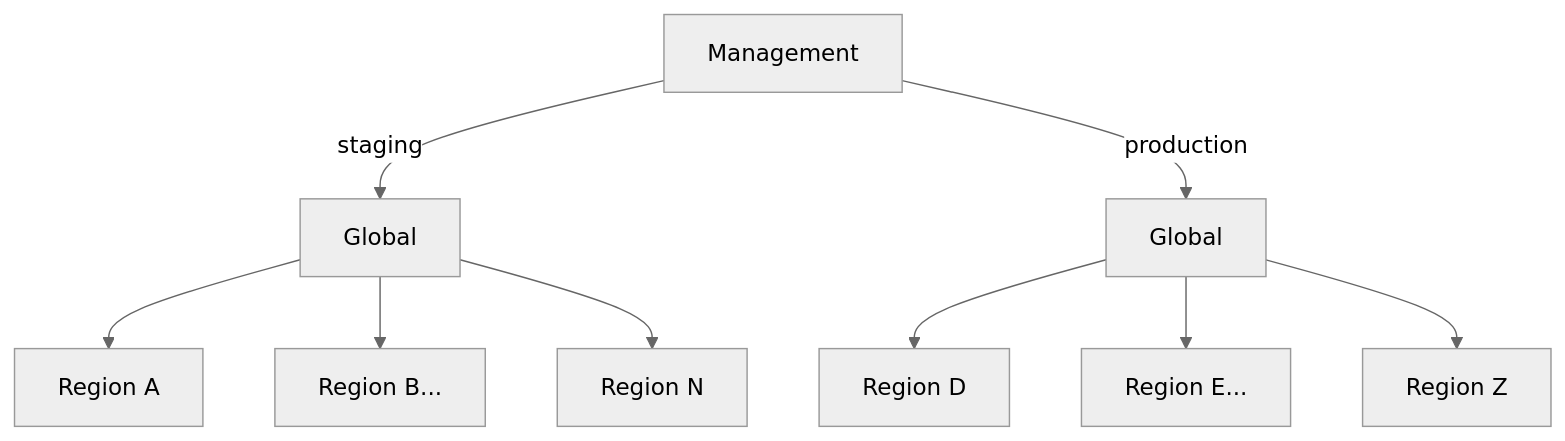
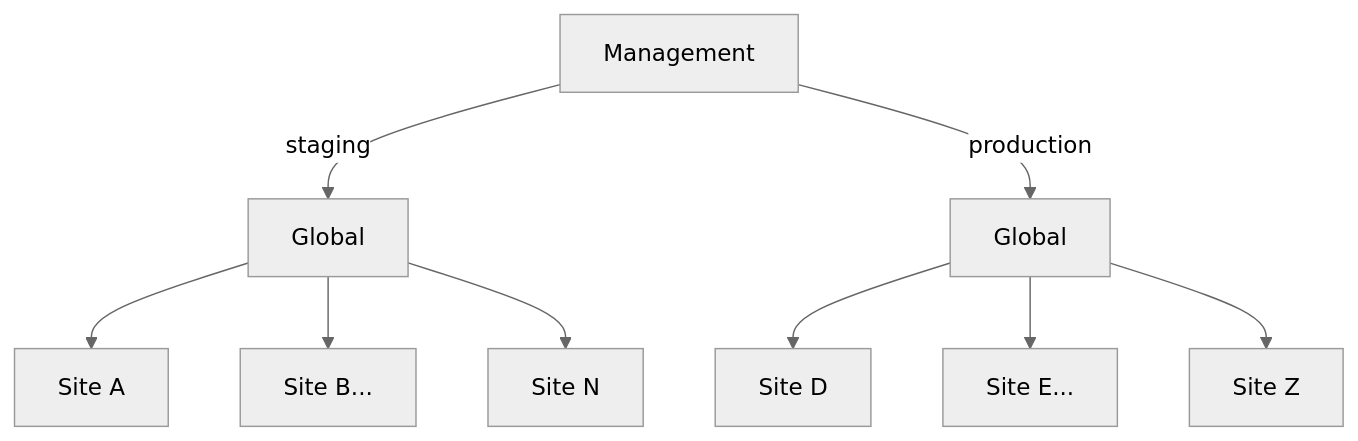
One commit to rackerlabs/understack changed the second of 2 diagrams in docs/deploy-guide/welcome.md. Above: the diagram before and after it, drawn with Mermaid (neutral theme). The commit also changed other lines of this file and 4 other files, not shown here.

````diff
--- a/docs/deploy-guide/welcome.md
+++ b/docs/deploy-guide/welcome.md
@@ -48,12 +48,12 @@
 ```mermaid
 flowchart TD
 
   A[Management] --> |staging| B[Global];
-  B[Global] --> C[Region A];
-  B[Global] --> D[Region B...];
-  B[Global] --> E[Region N];
+  B[Global] --> C[Site A];
+  B[Global] --> D[Site B...];
+  B[Global] --> E[Site N];
   A[Management] --> |production| F[Global];
-  F[Global] --> G[Region D];
-  F[Global] --> H[Region E...];
-  F[Global] --> I[Region Z];
+  F[Global] --> G[Site D];
+  F[Global] --> H[Site E...];
+  F[Global] --> I[Site Z];
 ```
````
